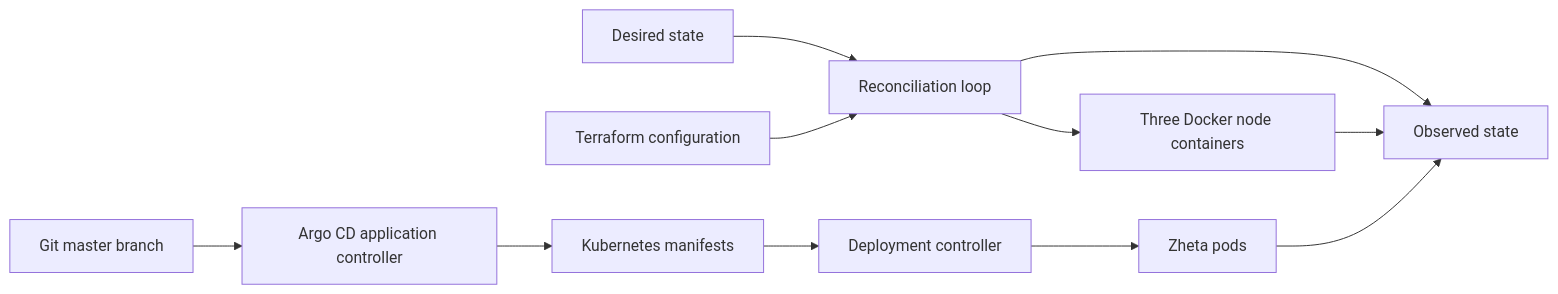
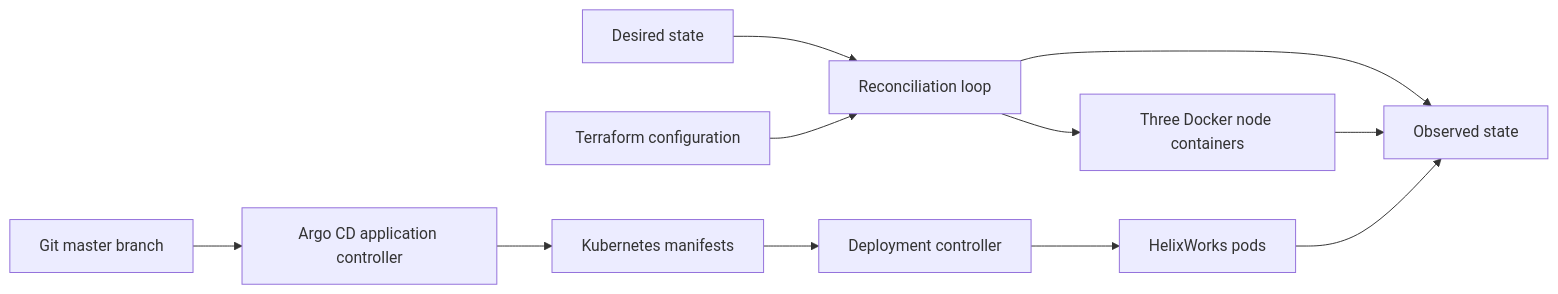
One commit to ZGTR/zheta-kubernetes-lab changed the third of 3 diagrams in README.md. Above: the diagram before and after it, drawn with Mermaid. The commit also changed other lines of this file and 69 other files, not shown here.

Commit message:
refactor: rename Zheta identifiers to HelixWorks

````diff
--- a/README.md
+++ b/README.md
@@ -61,12 +61,12 @@
 ```mermaid
 flowchart LR
   desired["Desired state"] --> reconcile["Reconciliation loop"] --> evidence["Observed state"]
   tf["Terraform configuration"] --> reconcile
   reconcile --> docker["Three Docker node containers"]
   docker --> evidence
   manifests["Kubernetes manifests"] --> kube["Deployment controller"]
-  kube --> pods["Zheta pods"]
+  kube --> pods["HelixWorks pods"]
   pods --> evidence
   git["Git master branch"] --> argo["Argo CD application controller"]
   argo --> manifests
 ```
````
